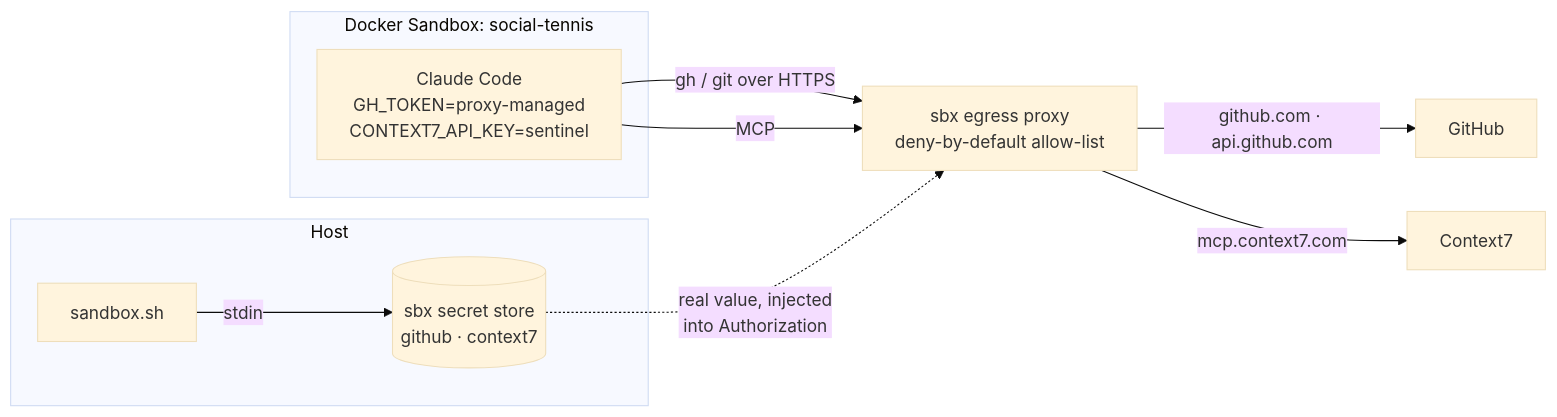
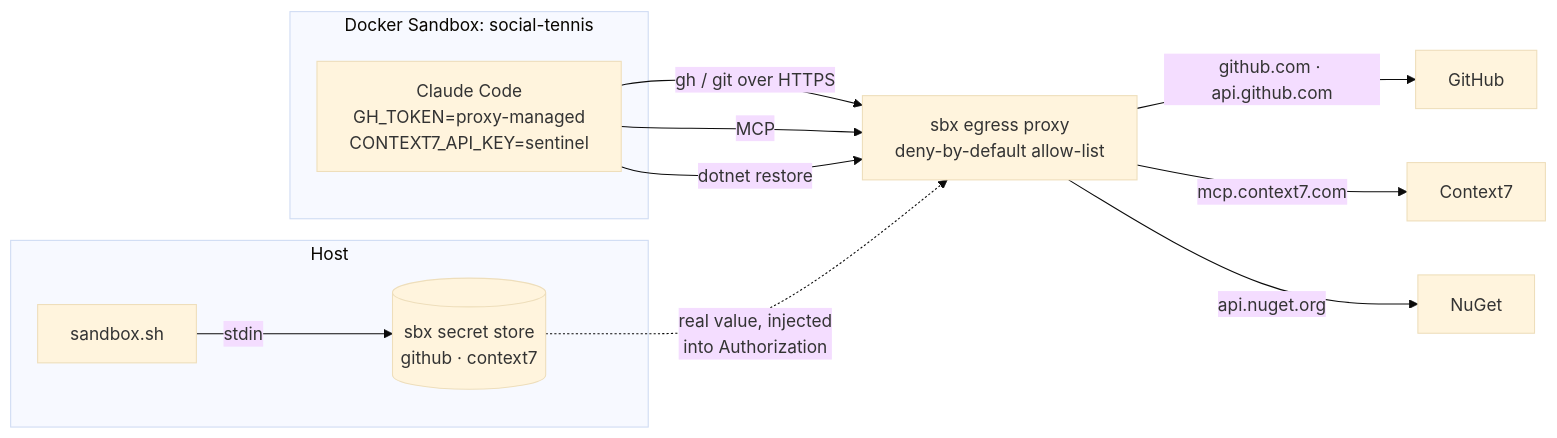
The fifth of 7 diagrams in docs/architecture.md (l1em1on1/social-tennis), drawn with Mermaid (base theme) before and after one commit. The commit also changed other lines of this file and 3 other files, not shown here.

````diff
--- a/docs/architecture.md
+++ b/docs/architecture.md
@@ -183,15 +184,17 @@
 ```mermaid
 flowchart LR
     subgraph host ["Host"]
         S["sandbox.sh"] -->|"stdin"| SS[("sbx secret store<br/>github · context7")]
     end
     subgraph sbx ["Docker Sandbox: social-tennis"]
         C["Claude Code<br/>GH_TOKEN=proxy-managed<br/>CONTEXT7_API_KEY=sentinel"]
     end
     PX["sbx egress proxy<br/>deny-by-default allow-list"]
     C -->|"gh / git over HTTPS"| PX
     C -->|"MCP"| PX
+    C -->|"dotnet restore"| PX
     SS -.->|"real value, injected<br/>into Authorization"| PX
     PX -->|"github.com · api.github.com"| GH[GitHub]
     PX -->|"mcp.context7.com"| C7[Context7]
+    PX -->|"api.nuget.org"| NG[NuGet]
 ```
````
